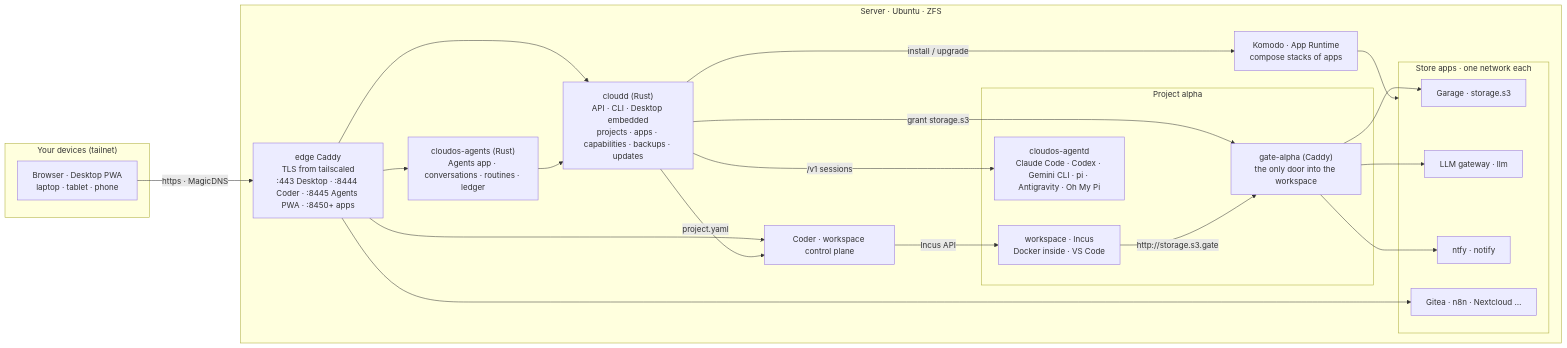
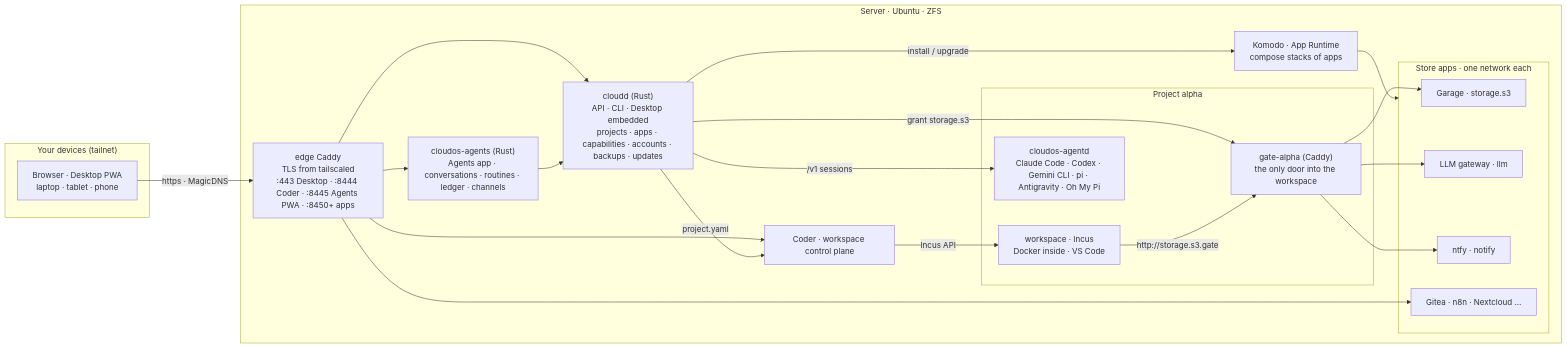
Before and after one commit to agentverse-os/AgentVerse-OS: the diagram in README.md, drawn with Mermaid. The commit also changed other lines of this file and 1576 other files, not shown here.

Commit message:
Agents: notification channels, owner's hosts, routines and simple chat fixes; core: perimeter and memory watchdog; Desktop shell redesign; README with the promo film; store update

````diff
--- a/README.md
+++ b/README.md
@@ -80,42 +197,42 @@
 ```mermaid
 flowchart LR
   subgraph devices["Your devices (tailnet)"]
     B["Browser · Desktop PWA<br/>laptop · tablet · phone"]
   end
 
   subgraph host["Server · Ubuntu · ZFS"]
     E["edge Caddy<br/>TLS from tailscaled<br/>:443 Desktop · :8444 Coder · :8445 Agents PWA · :8450+ apps"]
-    C["cloudd (Rust)<br/>API · CLI · Desktop embedded<br/>projects · apps · capabilities · backups · updates"]
-    A["cloudos-agents (Rust)<br/>Agents app · conversations · routines · ledger"]
+    C["cloudd (Rust)<br/>API · CLI · Desktop embedded<br/>projects · apps · capabilities · accounts · backups · updates"]
+    A["cloudos-agents (Rust)<br/>Agents app · conversations · routines · ledger · channels"]
     subgraph ws["Project alpha"]
       G["gate-alpha (Caddy)<br/>the only door into the workspace"]
       W["workspace · Incus<br/>Docker inside · VS Code"]
       D["cloudos-agentd<br/>Claude Code · Codex · Gemini CLI · pi · Antigravity · Oh My Pi"]
     end
     K["Komodo · App Runtime<br/>compose stacks of apps"]
     subgraph apps["Store apps · one network each"]
       S3["Garage · storage.s3"]
       LLM["LLM gateway · llm"]
       N["ntfy · notify"]
       X["Gitea · n8n · Nextcloud …"]
     end
     CO["Coder · workspace control plane"]
   end
 
   B -- "https · MagicDNS" --> E
   E --> C
   E --> A
   A --> C
   C -- "/v1 sessions" --> D
   E --> CO
   E --> X
   C -- "project.yaml" --> CO
   CO -- "Incus API" --> W
   C -- "grant storage.s3" --> G
   G --> S3
   G --> LLM
   G --> N
   W -- "http://storage.s3.gate" --> G
   C -- "install / upgrade" --> K
   K --> apps
 ```
````
